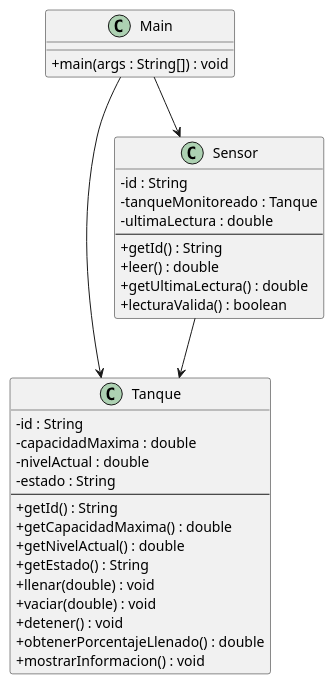
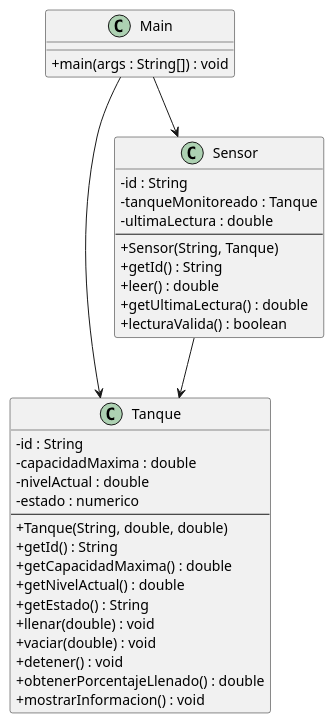
One commit to alespyba1/sistema-monitoreo-java changed the diagram in docs/uml-inicial.puml. Above: the diagram before and after it, drawn with PlantUML. The commit also changed 1 other file, not shown here.

```diff
--- a/docs/uml-inicial.puml
+++ b/docs/uml-inicial.puml
@@ -1,40 +1,42 @@
 @startuml
 skinparam classAttributeIconSize 0
 
 class Tanque {
   - id : String
   - capacidadMaxima : double
   - nivelActual : double
-  - estado : String
+  - estado : numerico
   --
+  + Tanque(String, double, double)
   + getId() : String
   + getCapacidadMaxima() : double
   + getNivelActual() : double
   + getEstado() : String
   + llenar(double) : void
   + vaciar(double) : void
   + detener() : void
   + obtenerPorcentajeLlenado() : double
   + mostrarInformacion() : void
 }
 
 class Sensor {
   - id : String
   - tanqueMonitoreado : Tanque
   - ultimaLectura : double
   --
+  + Sensor(String, Tanque)
   + getId() : String
   + leer() : double
   + getUltimaLectura() : double
   + lecturaValida() : boolean
 }
 
 class Main {
   + main(args : String[]) : void
 }
 
 Sensor  -->  Tanque
 Main --> Tanque
 Main --> Sensor
 
 @enduml
```
